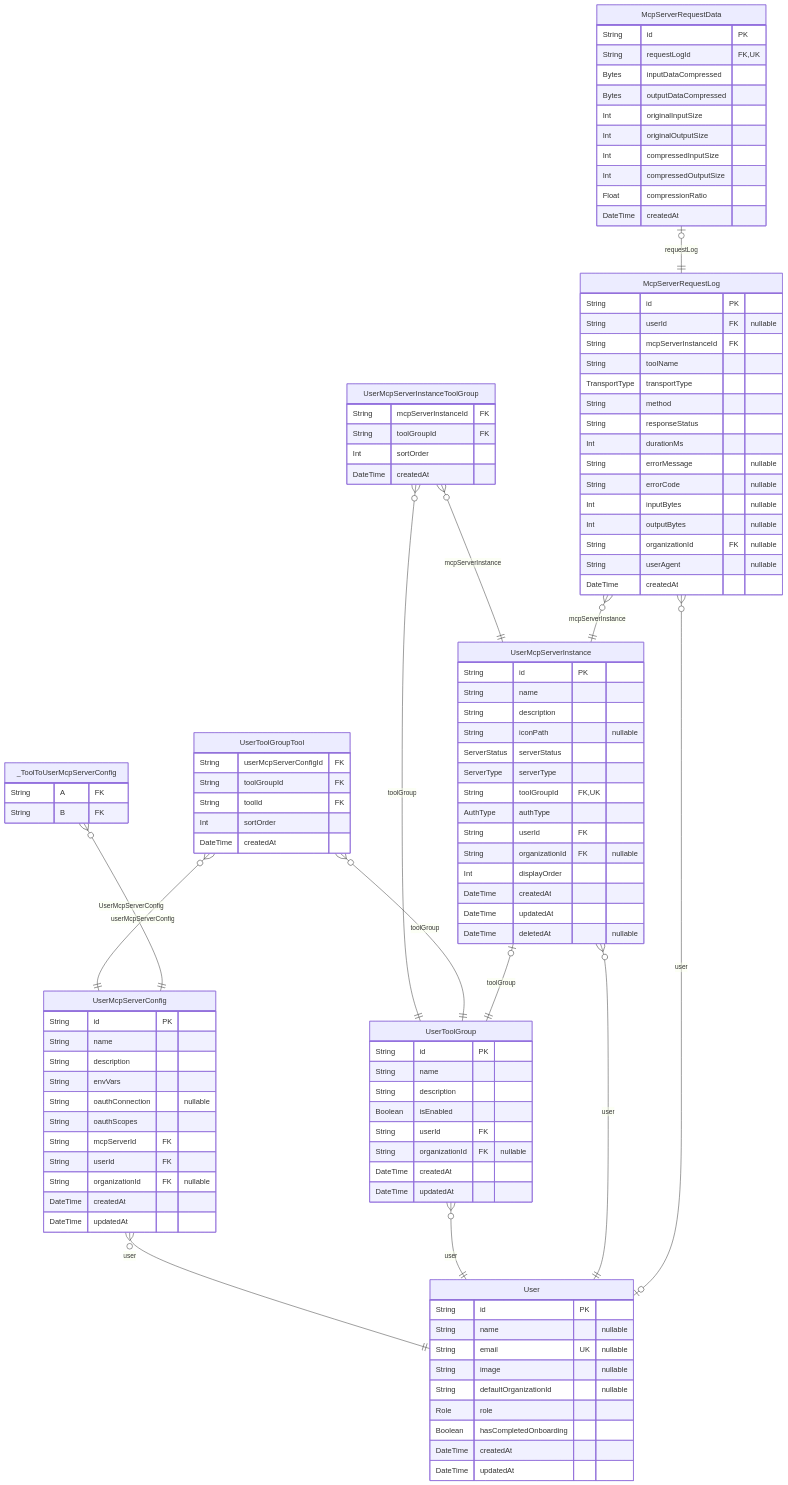
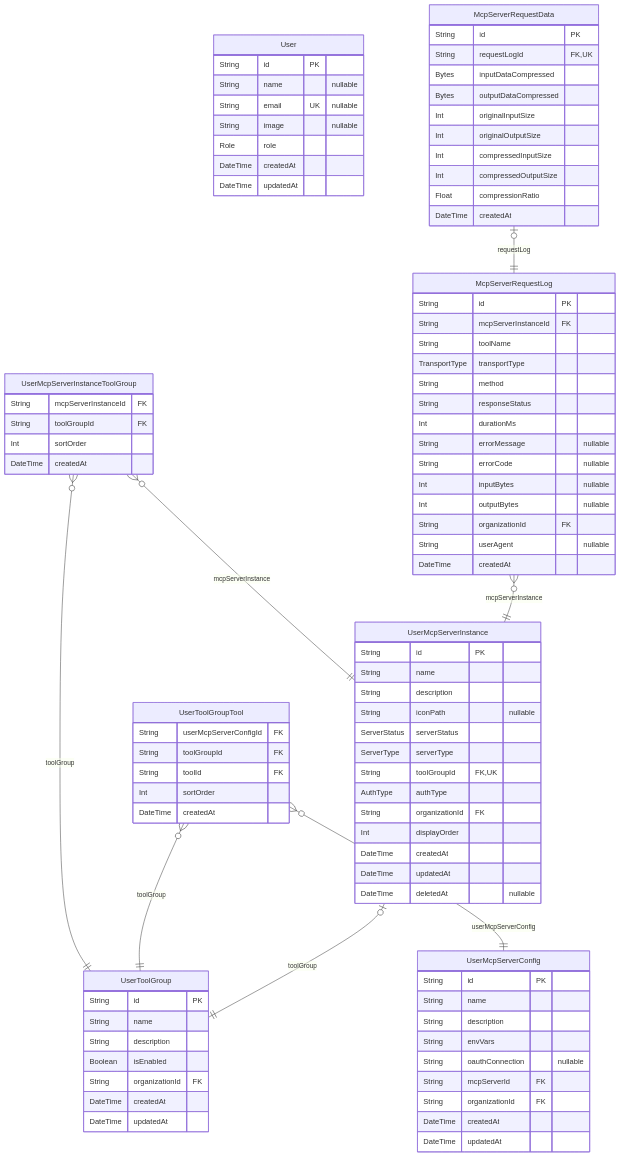
One commit to rayven122/tumiki changed the fifth of 7 diagrams in packages/db/prisma/README.md. Above: the diagram before and after it, drawn with Mermaid. The commit also changed other lines of this file and 9 other files, not shown here.

First line of the commit message:
Refactor Prisma schema files for improved readability and consistency

````diff
--- a/packages/db/prisma/README.md
+++ b/packages/db/prisma/README.md
@@ -585,9 +556,7 @@
   String name "nullable"
   String email UK "nullable"
   String image "nullable"
-  String defaultOrganizationId "nullable"
   Role role
-  Boolean hasCompletedOnboarding
   DateTime createdAt
   DateTime updatedAt
 }
@@ -597,10 +566,8 @@
   String description
   String envVars
   String oauthConnection "nullable"
-  String oauthScopes
   String mcpServerId FK
-  String userId FK
-  String organizationId FK "nullable"
+  String organizationId FK
   DateTime createdAt
   DateTime updatedAt
 }
@@ -616,8 +583,7 @@
   String name
   String description
   Boolean isEnabled
-  String userId FK
-  String organizationId FK "nullable"
+  String organizationId FK
   DateTime createdAt
   DateTime updatedAt
 }
@@ -630,8 +596,7 @@
   ServerType serverType
   String toolGroupId FK,UK
   AuthType authType
-  String userId FK
-  String organizationId FK "nullable"
+  String organizationId FK
   Int displayOrder
   DateTime createdAt
   DateTime updatedAt
@@ -639,7 +604,6 @@
 }
 "McpServerRequestLog" {
   String id PK
-  String userId FK "nullable"
   String mcpServerInstanceId FK
   String toolName
   TransportType transportType
@@ -650,7 +614,7 @@
   String errorCode "nullable"
   Int inputBytes "nullable"
   Int outputBytes "nullable"
-  String organizationId FK "nullable"
+  String organizationId FK
   String userAgent "nullable"
   DateTime createdAt
 }
@@ -666,20 +630,11 @@
   Float compressionRatio
   DateTime createdAt
 }
-"_ToolToUserMcpServerConfig" {
-  String A FK
-  String B FK
-}
 "UserMcpServerInstanceToolGroup" }o--|| "UserMcpServerInstance" : mcpServerInstance
 "UserMcpServerInstanceToolGroup" }o--|| "UserToolGroup" : toolGroup
-"UserMcpServerConfig" }o--|| "User" : user
 "UserToolGroupTool" }o--|| "UserMcpServerConfig" : userMcpServerConfig
 "UserToolGroupTool" }o--|| "UserToolGroup" : toolGroup
-"UserToolGroup" }o--|| "User" : user
 "UserMcpServerInstance" |o--|| "UserToolGroup" : toolGroup
-"UserMcpServerInstance" }o--|| "User" : user
-"McpServerRequestLog" }o--o| "User" : user
 "McpServerRequestLog" }o--|| "UserMcpServerInstance" : mcpServerInstance
 "McpServerRequestData" |o--|| "McpServerRequestLog" : requestLog
-"_ToolToUserMcpServerConfig" }o--|| "UserMcpServerConfig" : UserMcpServerConfig
 ```
````
